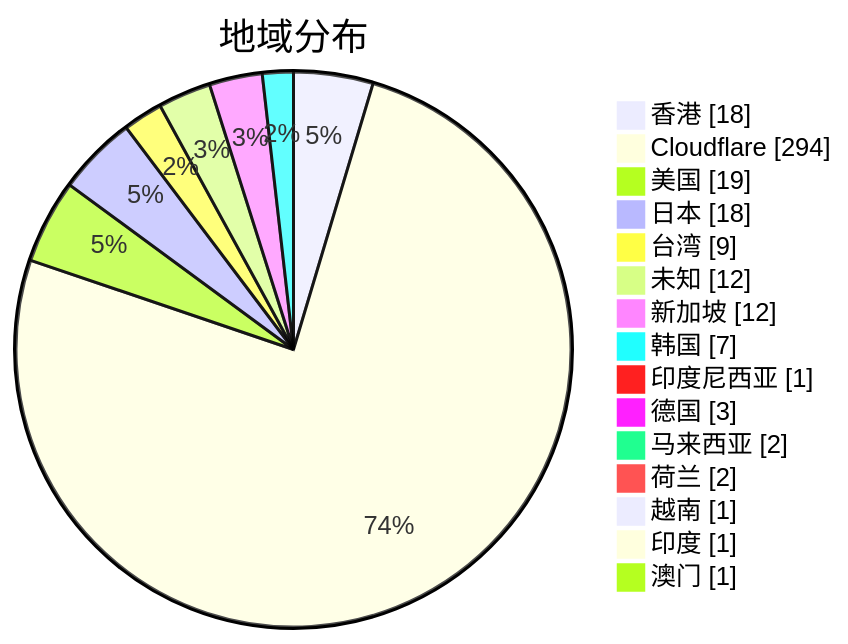
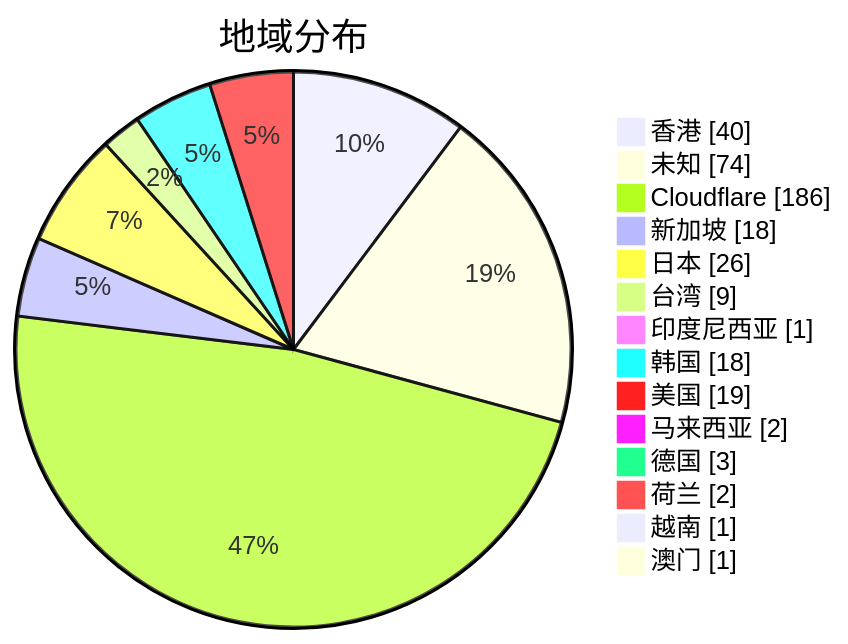
One commit to qjlxg/airport changed the second of 3 diagrams in subs/statistics/tested_within.md. Above: the diagram before and after it, drawn with Mermaid. The commit also changed other lines of this file and 2 other files, not shown here.

````diff
--- a/subs/statistics/tested_within.md
+++ b/subs/statistics/tested_within.md
@@ -13,19 +13,18 @@
 ```mermaid
 pie showData
 title 地域分布
-"香港" : 18
-"Cloudflare" : 294
+"香港" : 40
+"未知" : 74
+"Cloudflare" : 186
+"新加坡" : 18
+"日本" : 26
+"台湾" : 9
+"印度尼西亚" : 1
+"韩国" : 18
 "美国" : 19
-"日本" : 18
-"台湾" : 9
-"未知" : 12
-"新加坡" : 12
-"韩国" : 7
-"印度尼西亚" : 1
+"马来西亚" : 2
 "德国" : 3
-"马来西亚" : 2
 "荷兰" : 2
 "越南" : 1
-"印度" : 1
 "澳门" : 1
 ```
````
